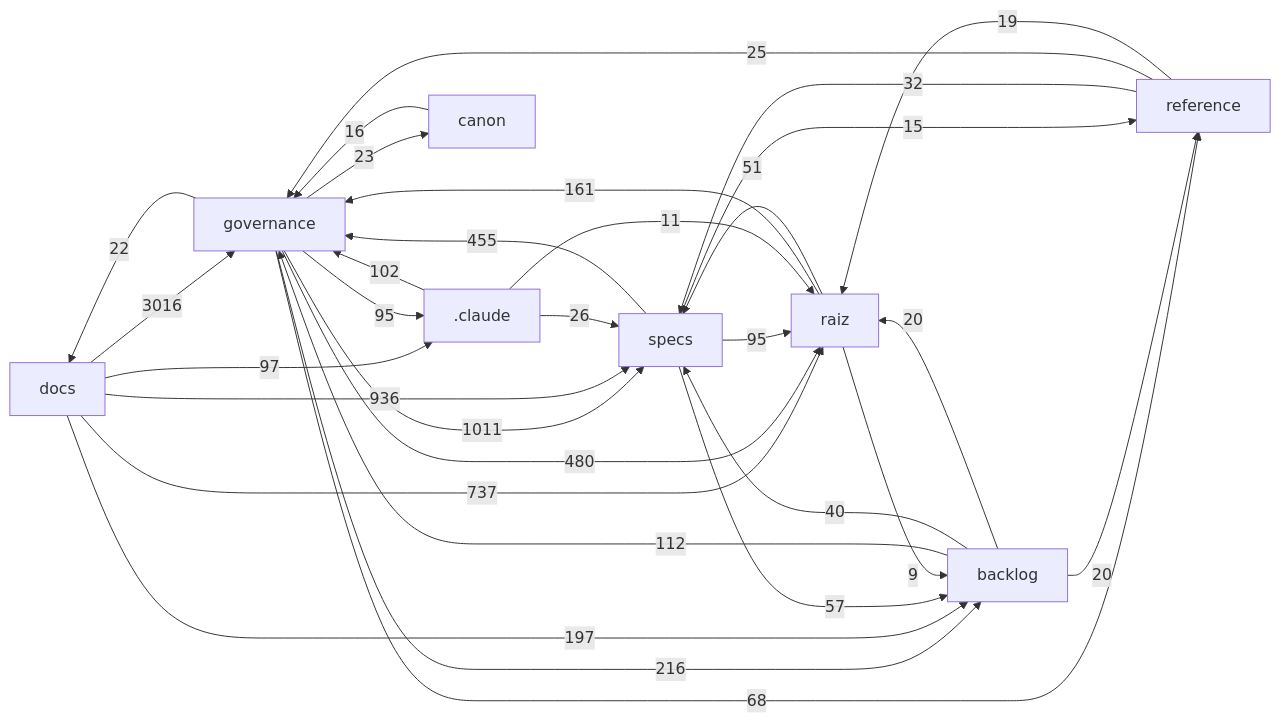
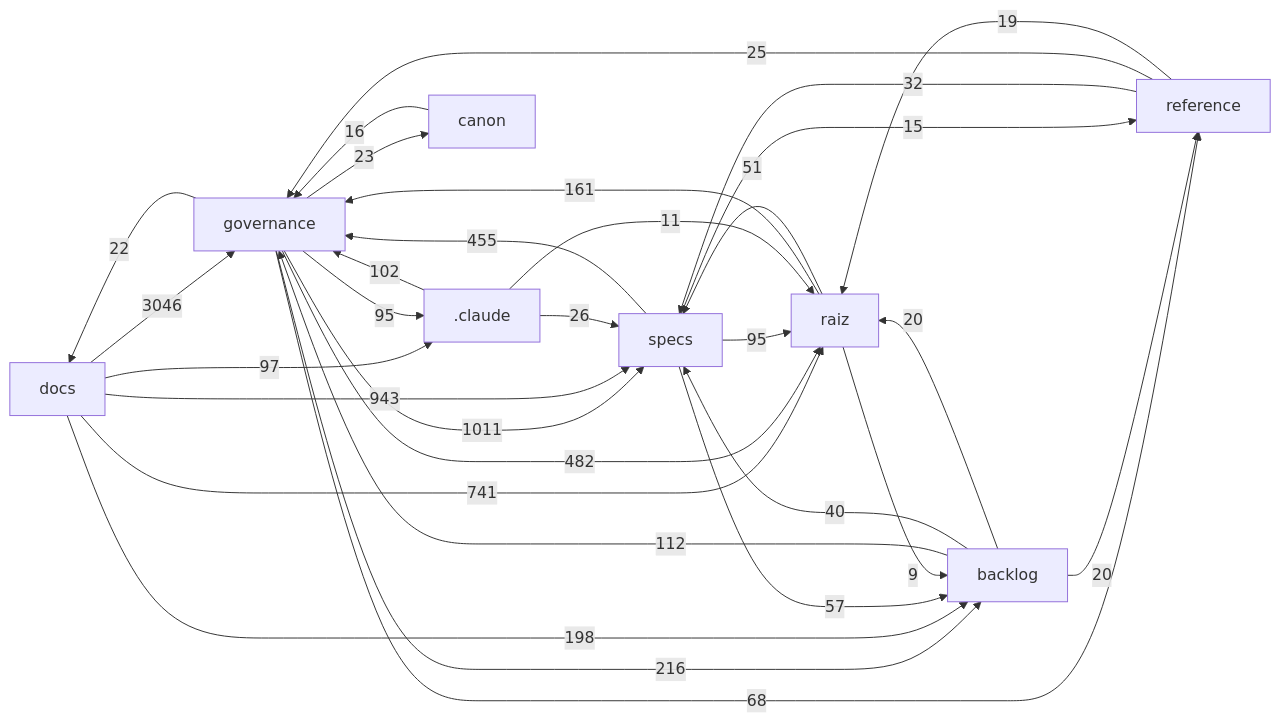
The diagram in docs/mapa/MAPA-PROJETO.md (Andraus35/Sistema-Operacional-de-Trading--SOT), drawn with Mermaid before and after one commit. The commit also changed other lines of this file and 6 other files, not shown here.

````diff
--- a/docs/mapa/MAPA-PROJETO.md
+++ b/docs/mapa/MAPA-PROJETO.md
@@ -29,33 +29,33 @@
 ```mermaid
 flowchart LR
-  docs["docs"] -->|3016| governance["governance"]
+  docs["docs"] -->|3046| governance["governance"]
   governance["governance"] -->|1011| specs["specs"]
-  docs["docs"] -->|936| specs["specs"]
-  docs["docs"] -->|737| raiz["raiz"]
-  governance["governance"] -->|480| raiz["raiz"]
+  docs["docs"] -->|943| specs["specs"]
+  docs["docs"] -->|741| raiz["raiz"]
+  governance["governance"] -->|482| raiz["raiz"]
   specs["specs"] -->|455| governance["governance"]
   governance["governance"] -->|216| backlog["backlog"]
-  docs["docs"] -->|197| backlog["backlog"]
+  docs["docs"] -->|198| backlog["backlog"]
   raiz["raiz"] -->|161| governance["governance"]
   backlog["backlog"] -->|112| governance["governance"]
   _claude[".claude"] -->|102| governance["governance"]
   docs["docs"] -->|97| _claude[".claude"]
   governance["governance"] -->|95| _claude[".claude"]
   specs["specs"] -->|95| raiz["raiz"]
   governance["governance"] -->|68| reference["reference"]
   specs["specs"] -->|57| backlog["backlog"]
   raiz["raiz"] -->|51| specs["specs"]
   backlog["backlog"] -->|40| specs["specs"]
   reference["reference"] -->|32| specs["specs"]
   _claude[".claude"] -->|26| specs["specs"]
   reference["reference"] -->|25| governance["governance"]
   governance["governance"] -->|23| canon["canon"]
   governance["governance"] -->|22| docs["docs"]
   backlog["backlog"] -->|20| raiz["raiz"]
   backlog["backlog"] -->|20| reference["reference"]
   reference["reference"] -->|19| raiz["raiz"]
   canon["canon"] -->|16| governance["governance"]
   specs["specs"] -->|15| reference["reference"]
   _claude[".claude"] -->|11| raiz["raiz"]
   raiz["raiz"] -->|9| backlog["backlog"]
 ```
````
